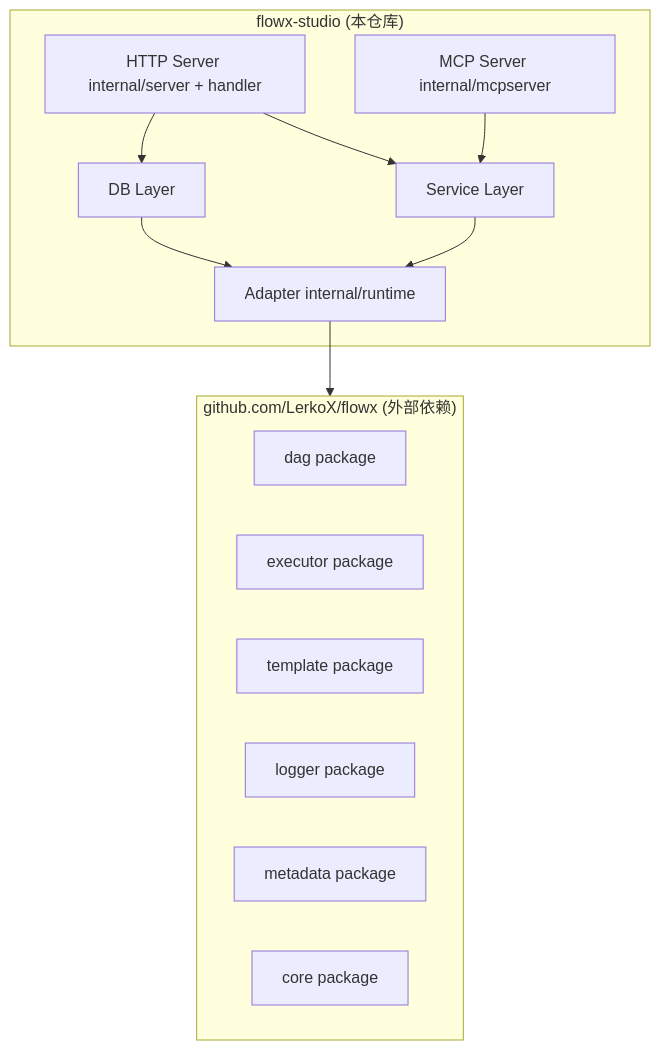
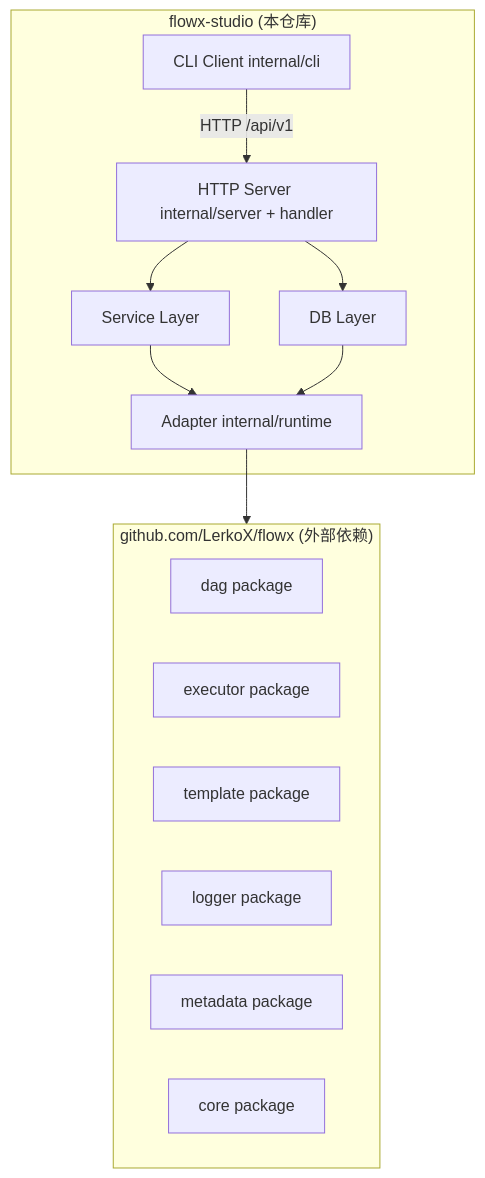
Before and after one commit to LerkoX/flowx-studio: the second of 5 diagrams in docs/02-architecture.md, drawn with Mermaid. The commit also changed other lines of this file and 20 other files, not shown here.

First line of the commit message:
docs: replace MCP integration with SKILL + CLI progressive disclosure

````diff
--- a/docs/02-architecture.md
+++ b/docs/02-architecture.md
@@ -159,26 +165,26 @@
 ```mermaid
 flowchart TD
     subgraph Studio["flowx-studio (本仓库)"]
         HTTP[HTTP Server internal/server + handler]
-        MCP[MCP Server internal/mcpserver]
+        CLI[CLI Client internal/cli]
         Service[Service Layer]
         DB[DB Layer]
         Runtime[Adapter internal/runtime]
     end
     
     subgraph FlowX["github.com/LerkoX/flowx (外部依赖)"]
         dag[dag package]
         executor[executor package]
         template[template package]
         logger[logger package]
         metadata[metadata package]
         core[core package]
     end
     
     HTTP --> Service
     HTTP --> DB
-    MCP --> Service
+    CLI -- "HTTP /api/v1" --> HTTP
     Service --> Runtime
     DB --> Runtime
     Runtime --> FlowX
 ```
````
